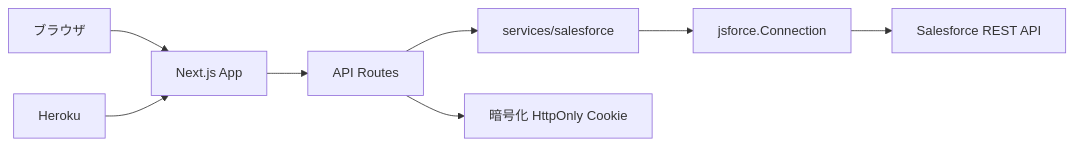
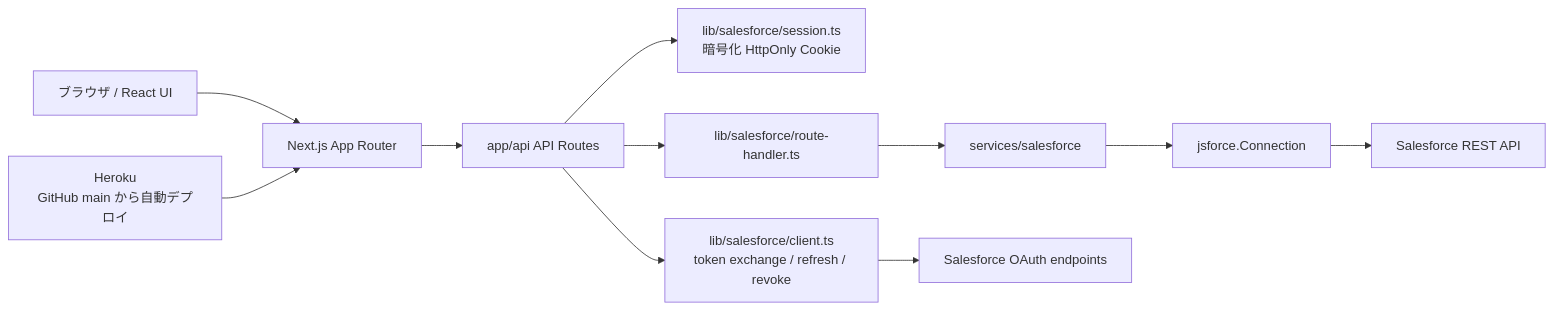
Before and after one commit to tyoshikawa1106/salesforce-api-playground: the first of 3 diagrams in docs/architecture/system-overview.md, drawn with Mermaid. The commit also changed other lines of this file and 5 other files, not shown here.

````diff
--- a/docs/architecture/system-overview.md
+++ b/docs/architecture/system-overview.md
@@ -19,10 +15,13 @@
 ```mermaid
 flowchart LR
-    Browser["ブラウザ"] --> NextApp["Next.js App"]
-    NextApp --> ApiRoutes["API Routes"]
-    ApiRoutes --> SalesforceService["services/salesforce"]
-    SalesforceService --> Jsforce["jsforce.Connection"]
+    Browser["ブラウザ / React UI"] --> App["Next.js App Router"]
+    App --> Api["app/api API Routes"]
+    Api --> Session["lib/salesforce/session.ts<br/>暗号化 HttpOnly Cookie"]
+    Api --> RouteHandler["lib/salesforce/route-handler.ts"]
+    RouteHandler --> Service["services/salesforce"]
+    Service --> Jsforce["jsforce.Connection"]
     Jsforce --> Salesforce["Salesforce REST API"]
-    ApiRoutes --> CookieSession["暗号化 HttpOnly Cookie"]
-    Heroku["Heroku"] --> NextApp
+    Api --> OAuthClient["lib/salesforce/client.ts<br/>token exchange / refresh / revoke"]
+    OAuthClient --> SalesforceOAuth["Salesforce OAuth endpoints"]
+    Heroku["Heroku<br/>GitHub main から自動デプロイ"] --> App
 ```
````
